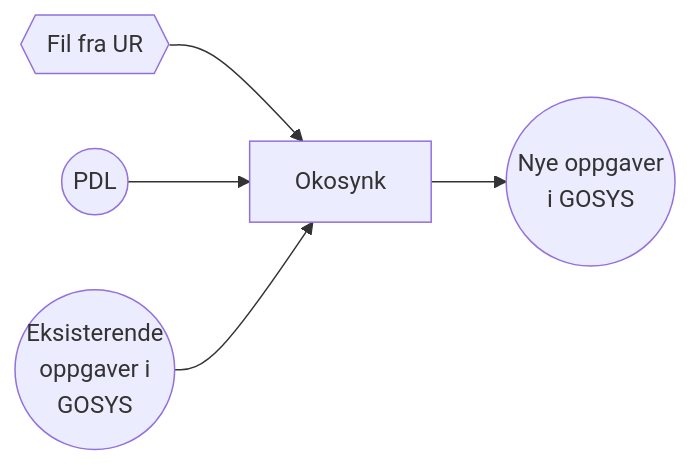
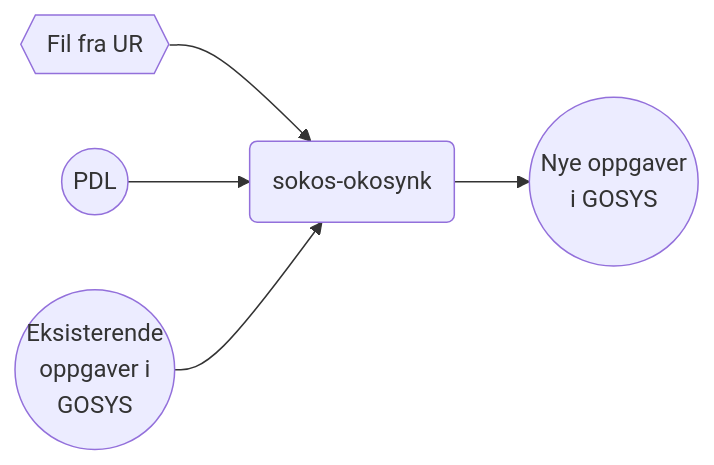
One commit to navikt/sokos-okosynk changed the second of 2 diagrams in README.md. Above: the diagram before and after it, drawn with Mermaid. The commit also changed other lines of this file and 4 other files, not shown here.

````diff
--- a/README.md
+++ b/README.md
@@ -21,13 +84,13 @@
 ```mermaid
 flowchart LR
     Fil{{"Fil fra UR"}} --> Okosynk
     PDL((PDL)) --> Okosynk
     GOSYS(("
         Eksisterende
-        oppgaver i 
-        GOSYS")) --> Okosynk
-    Okosynk --> GOSYS2(("
-        Nye oppgaver
-        i GOSYS
-        "))
+oppgaver i
+GOSYS")) --> Okosynk
+Okosynk(sokos-okosynk) --> GOSYS2(("
+Nye oppgaver
+i GOSYS
+"))
 ```
````
